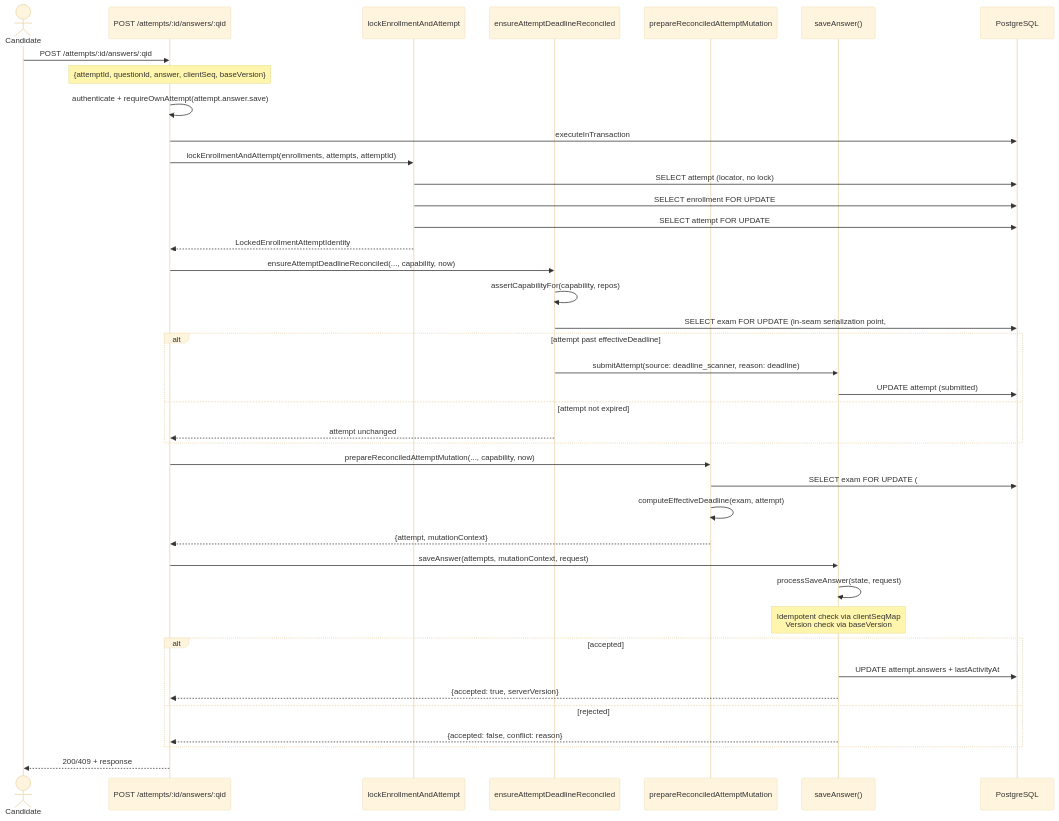
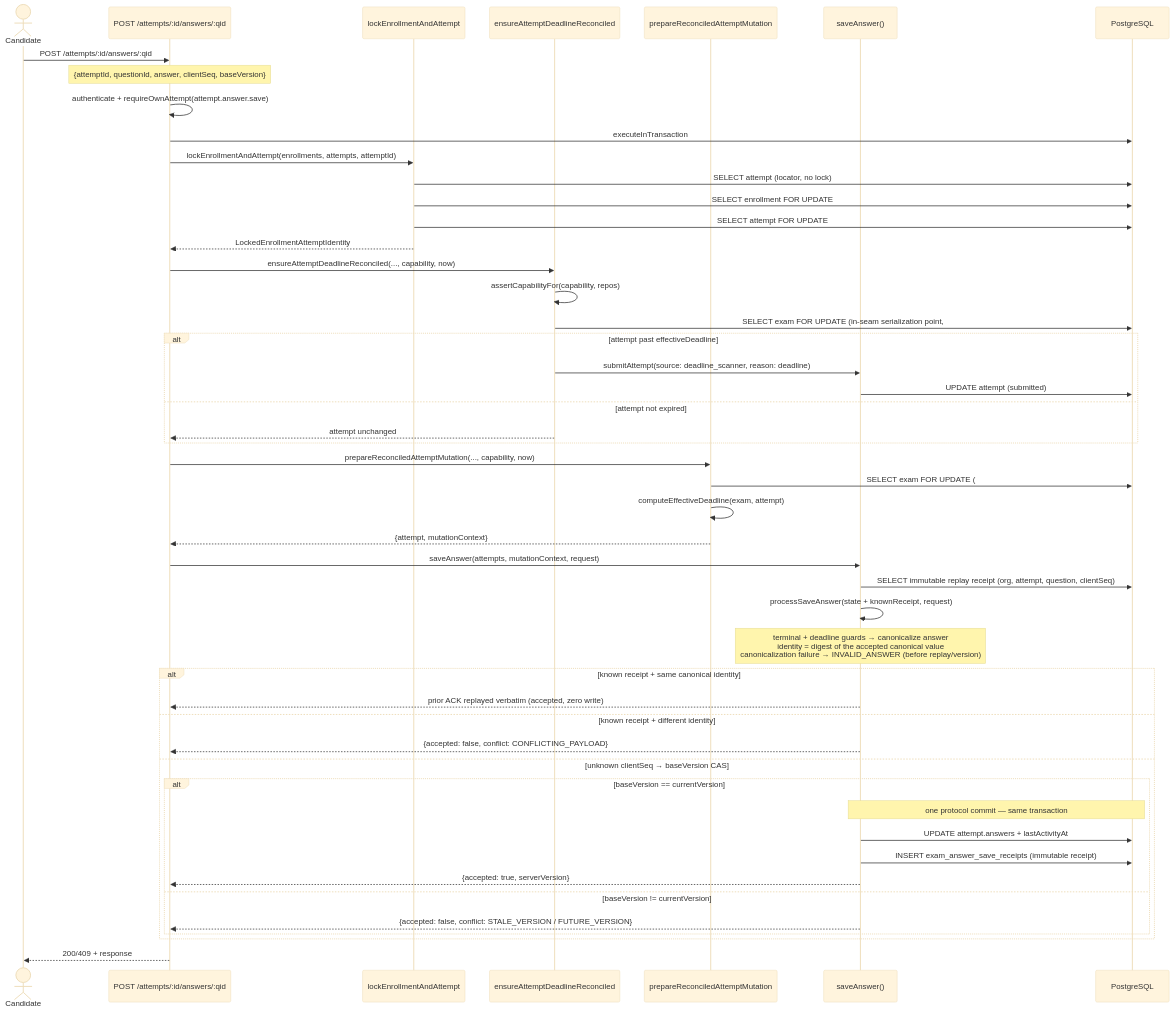
The fifth of 11 diagrams in docs/architecture/exam-system/diagrams.md (jnhu76/exam), drawn with Mermaid (base theme) before and after one commit.

Commit message:
chore(rich): align D2 replay authority references
Fifth pre-merge cleanup item for #669 Phase D2 (#691), following 4a6df916:
the save-sequence diagram still showed the removed clientSeqMap
idempotency mechanism. Rewritten as the actual execution model — indexed
immutable replay-receipt lookup, three-way known-receipt branch (prior ACK
/ CONFLICTING_PAYLOAD / unknown → baseVersion CAS), and the accepted path
as answers UPDATE + receipt INSERT in one protocol commit. No
clientSeqMap / clientSeqHistory / full-payload replay history remains as
a current mechanism.

````diff
--- a/docs/architecture/exam-system/diagrams.md
+++ b/docs/architecture/exam-system/diagrams.md
@@ -289,48 +289,57 @@
 ```mermaid
 sequenceDiagram
     actor Candidate
     participant Route as POST /attempts/:id/answers/:qid
     participant Lock as lockEnrollmentAndAttempt
     participant Recon as ensureAttemptDeadlineReconciled
     participant Prep as prepareReconciledAttemptMutation
     participant Save as saveAnswer()
     participant DB as PostgreSQL
 
     Candidate->>Route: POST /attempts/:id/answers/:qid
     Note over Route: {attemptId, questionId, answer, clientSeq, baseVersion}
     Route->>Route: authenticate + requireOwnAttempt(attempt.answer.save)
     Route->>DB: executeInTransaction
 
     Route->>Lock: lockEnrollmentAndAttempt(enrollments, attempts, attemptId)
     Lock->>DB: SELECT attempt (locator, no lock)
     Lock->>DB: SELECT enrollment FOR UPDATE
     Lock->>DB: SELECT attempt FOR UPDATE
     Lock-->>Route: LockedEnrollmentAttemptIdentity
 
     Route->>Recon: ensureAttemptDeadlineReconciled(..., capability, now)
     Recon->>Recon: assertCapabilityFor(capability, repos)
     Recon->>DB: SELECT exam FOR UPDATE (in-seam serialization point, #558)
     alt attempt past effectiveDeadline
         Recon->>Save: submitAttempt(source: deadline_scanner, reason: deadline)
         Save->>DB: UPDATE attempt (submitted)
     else attempt not expired
         Recon-->>Route: attempt unchanged
     end
 
     Route->>Prep: prepareReconciledAttemptMutation(..., capability, now)
     Prep->>DB: SELECT exam FOR UPDATE (#543 — may re-lock the held row)
     Prep->>Prep: computeEffectiveDeadline(exam, attempt)
     Prep-->>Route: {attempt, mutationContext}
 
     Route->>Save: saveAnswer(attempts, mutationContext, request)
-    Save->>Save: processSaveAnswer(state, request)
-    Note over Save: Idempotent check via clientSeqMap<br/>Version check via baseVersion
-    alt accepted
-        Save->>DB: UPDATE attempt.answers + lastActivityAt
-        Save-->>Route: {accepted: true, serverVersion}
-    else rejected
-        Save-->>Route: {accepted: false, conflict: reason}
+    Save->>DB: SELECT immutable replay receipt (org, attempt, question, clientSeq)
+    Save->>Save: processSaveAnswer(state + knownReceipt, request)
+    Note over Save: terminal + deadline guards → canonicalize answer<br/>identity = digest of the accepted canonical value<br/>canonicalization failure → INVALID_ANSWER (before replay/version)
+    alt known receipt + same canonical identity
+        Save-->>Route: prior ACK replayed verbatim (accepted, zero write)
+    else known receipt + different identity
+        Save-->>Route: {accepted: false, conflict: CONFLICTING_PAYLOAD}
+    else unknown clientSeq → baseVersion CAS
+        alt baseVersion == currentVersion
+            Note over Save,DB: one protocol commit — same transaction
+            Save->>DB: UPDATE attempt.answers + lastActivityAt
+            Save->>DB: INSERT exam_answer_save_receipts (immutable receipt)
+            Save-->>Route: {accepted: true, serverVersion}
+        else baseVersion != currentVersion
+            Save-->>Route: {accepted: false, conflict: STALE_VERSION / FUTURE_VERSION}
+        end
     end
 
     Route-->>Candidate: 200/409 + response
 ```
````
